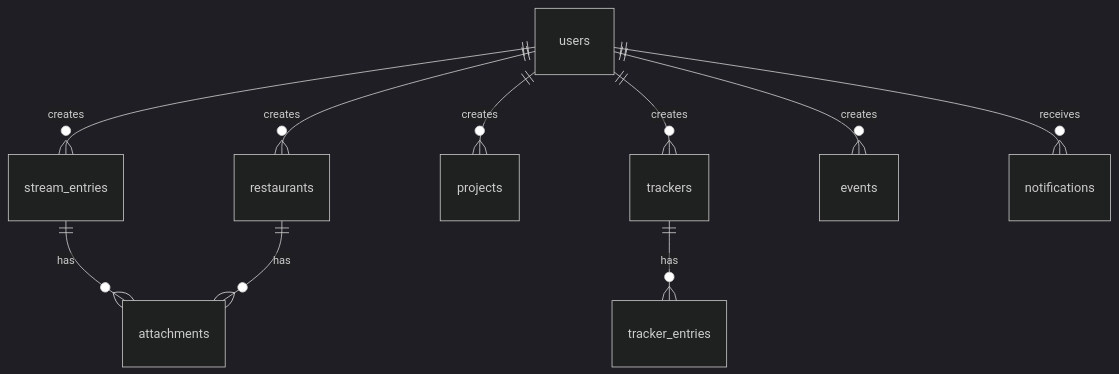
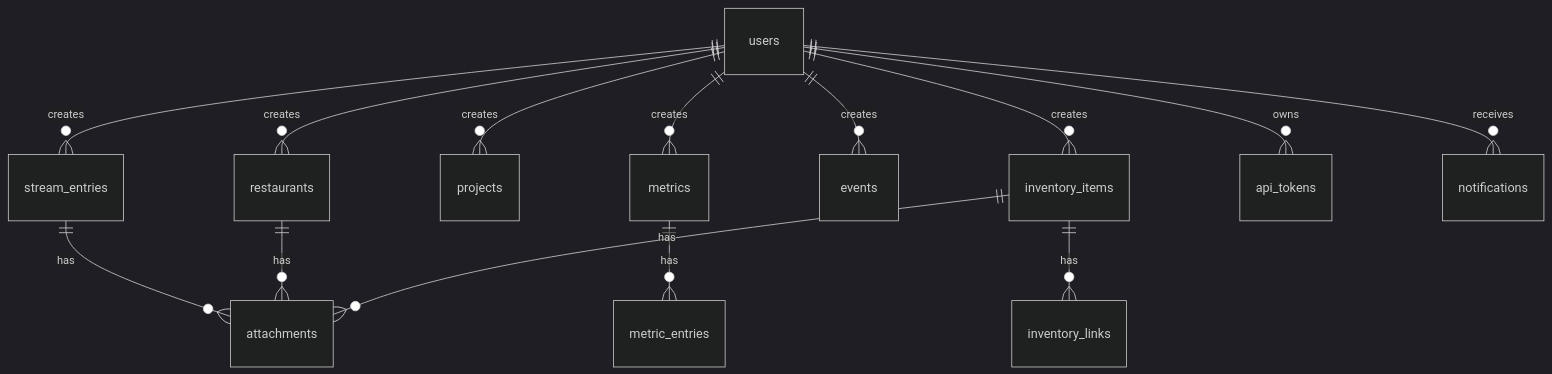
Before and after one commit to csubj/hearth: the fourth of 5 diagrams in docs/architecture/index.md, drawn with Mermaid (dark theme). The commit also changed other lines of this file and 142 other files, not shown here.

First line of the commit message:
API + Inventory  (#2)

````diff
--- a/docs/architecture/index.md
+++ b/docs/architecture/index.md
@@ -75,12 +98,16 @@
 ```mermaid
 erDiagram
   users ||--o{ stream_entries : creates
   users ||--o{ restaurants : creates
   users ||--o{ projects : creates
-  users ||--o{ trackers : creates
+  users ||--o{ metrics : creates
   users ||--o{ events : creates
+  users ||--o{ inventory_items : creates
+  users ||--o{ api_tokens : owns
   users ||--o{ notifications : receives
-  trackers ||--o{ tracker_entries : has
+  metrics ||--o{ metric_entries : has
+  inventory_items ||--o{ inventory_links : has
   stream_entries ||--o{ attachments : has
   restaurants ||--o{ attachments : has
+  inventory_items ||--o{ attachments : has
 ```
````
